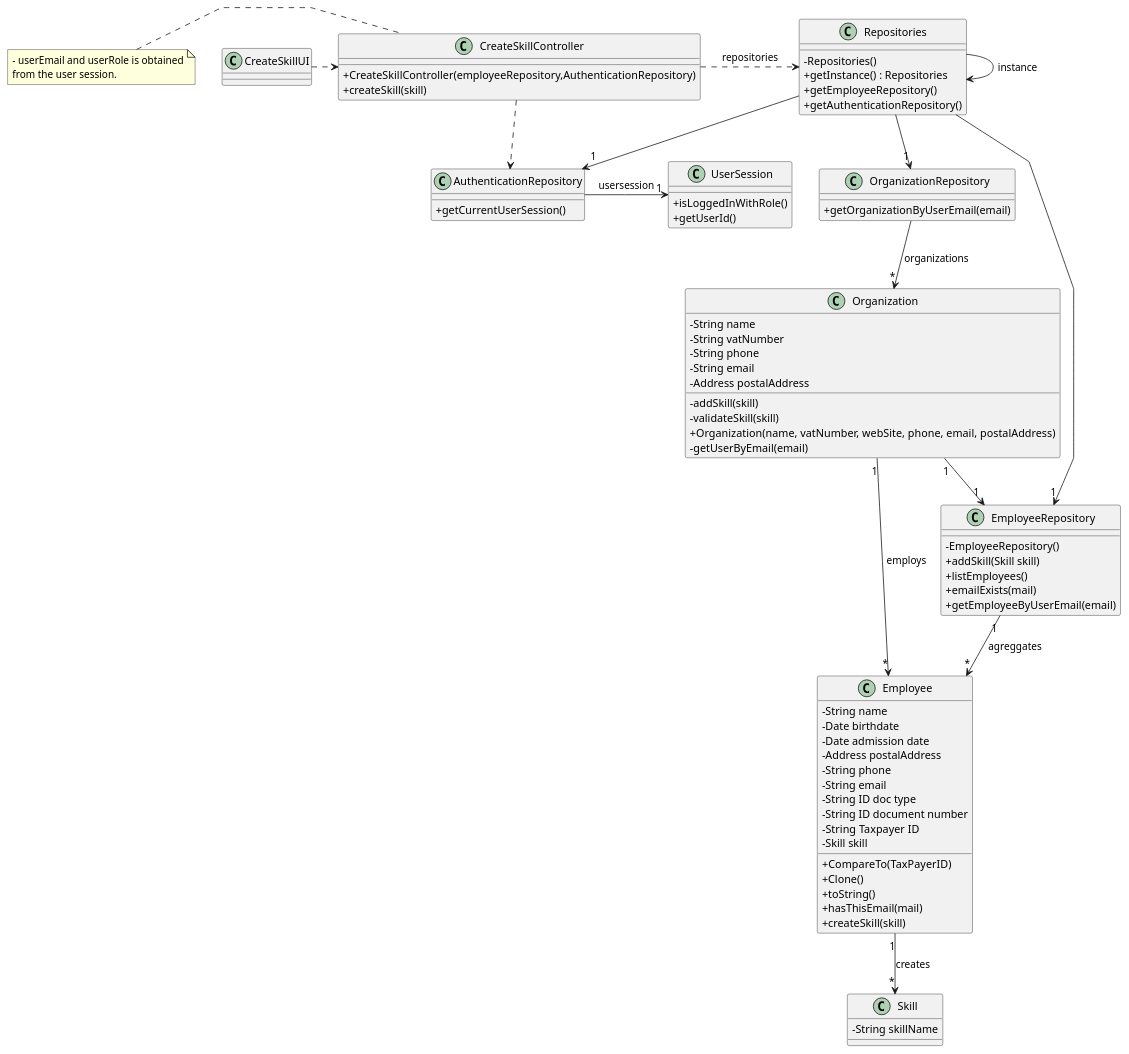
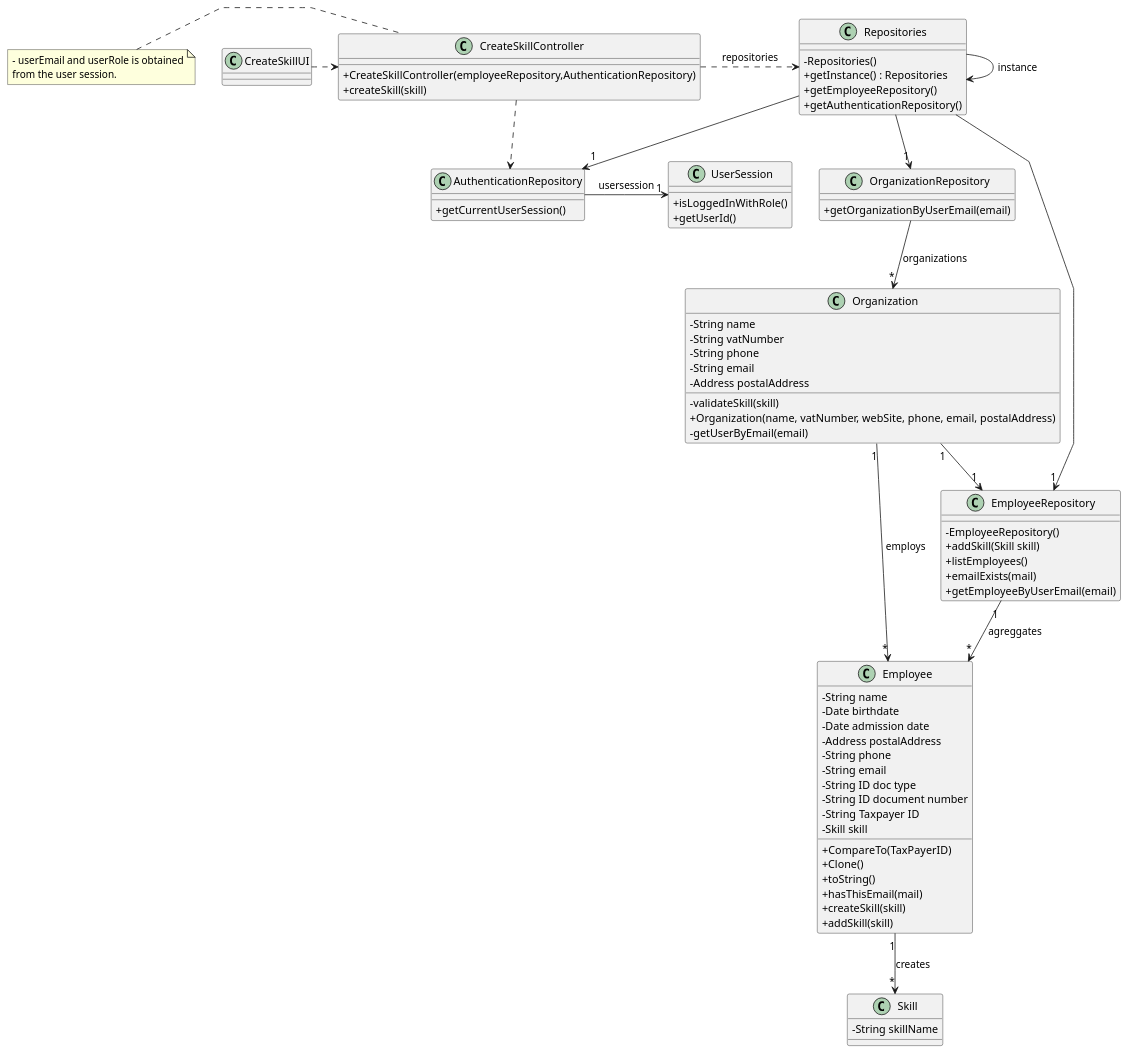
The diagram in docs/sprintC/us001/03.design/puml/us001-class-diagram.puml (Mendoncaa/LAPR2), drawn with PlantUML before and after one commit. The commit also changed 4 other files, not shown here.

Commit message:
Update class diagram US01; Update sequence diagram (US01, US04, US28)

```diff
--- a/docs/sprintC/us001/03.design/puml/us001-class-diagram.puml
+++ b/docs/sprintC/us001/03.design/puml/us001-class-diagram.puml
@@ -1,109 +1,110 @@
 @startuml
 'skinparam monochrome true
 skinparam packageStyle rectangle
 skinparam shadowing false
 skinparam linetype polyline
 'skinparam linetype orto
 
 skinparam classAttributeIconSize 0
 
 'left to right direction
 
 class CreateSkillUI {
 }
 
 class CreateSkillController {
     + CreateSkillController(employeeRepository,AuthenticationRepository)
     + createSkill(skill)
 
 }
 
 class Repositories {
     - Repositories()
     + getInstance() : Repositories
     + getEmployeeRepository()
     + getAuthenticationRepository()
 }
 
 class AuthenticationRepository {
     + getCurrentUserSession()
 }
 
 class UserSession {
     + isLoggedInWithRole()
     + getUserId()
 }
 
 class OrganizationRepository {
     + getOrganizationByUserEmail(email)
 }
 
 class Organization {
     - String name
     - String vatNumber
     - String phone
     - String email
     - Address postalAddress
-    - addSkill(skill)
     - validateSkill(skill)
     + Organization(name, vatNumber, webSite, phone, email, postalAddress)
     - getUserByEmail(email)
 
 }
 
 class EmployeeRepository {
     - EmployeeRepository()
     + addSkill(Skill skill)
     + listEmployees()
     + emailExists(mail)
     + getEmployeeByUserEmail(email)
+
 }
 
 class Employee {
     - String name
     - Date birthdate
     - Date admission date
     - Address postalAddress
     - String phone
     - String email
     - String ID doc type
     - String ID document number
     - String Taxpayer ID
     - Skill skill
     + CompareTo(TaxPayerID)
     + Clone()
     + toString()
     + hasThisEmail(mail)
     + createSkill(skill)
+    + addSkill(skill)
 }
 
 
 class Skill {
     - String skillName
 }
 
 note left of CreateSkillController
     - userEmail and userRole is obtained
     from the user session.
 end note
 
 
 
 
 Repositories -> Repositories : instance
 CreateSkillUI .> CreateSkillController
 CreateSkillController .> Repositories : repositories
 Repositories --> "1" OrganizationRepository
 OrganizationRepository --> "*" Organization : organizations
 AuthenticationRepository -> "1" UserSession : usersession
 Repositories --> "1" AuthenticationRepository
 Employee "1" --> "*" Skill : creates
 Repositories --> "1" EmployeeRepository
 Organization "1" --> "*" Employee : employs
 EmployeeRepository "1" --> "*" Employee : agreggates
 CreateSkillController .> AuthenticationRepository
 Organization "1" --> "1" EmployeeRepository
 
 
 
 @enduml
```
